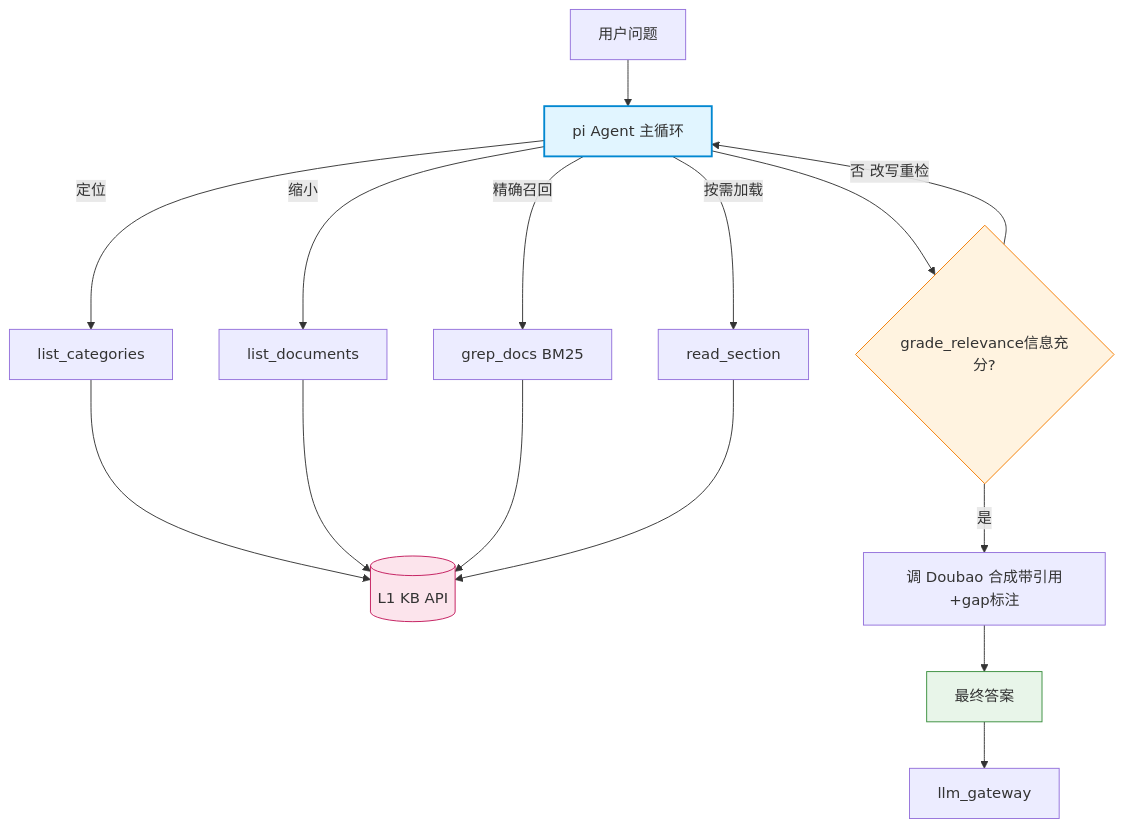
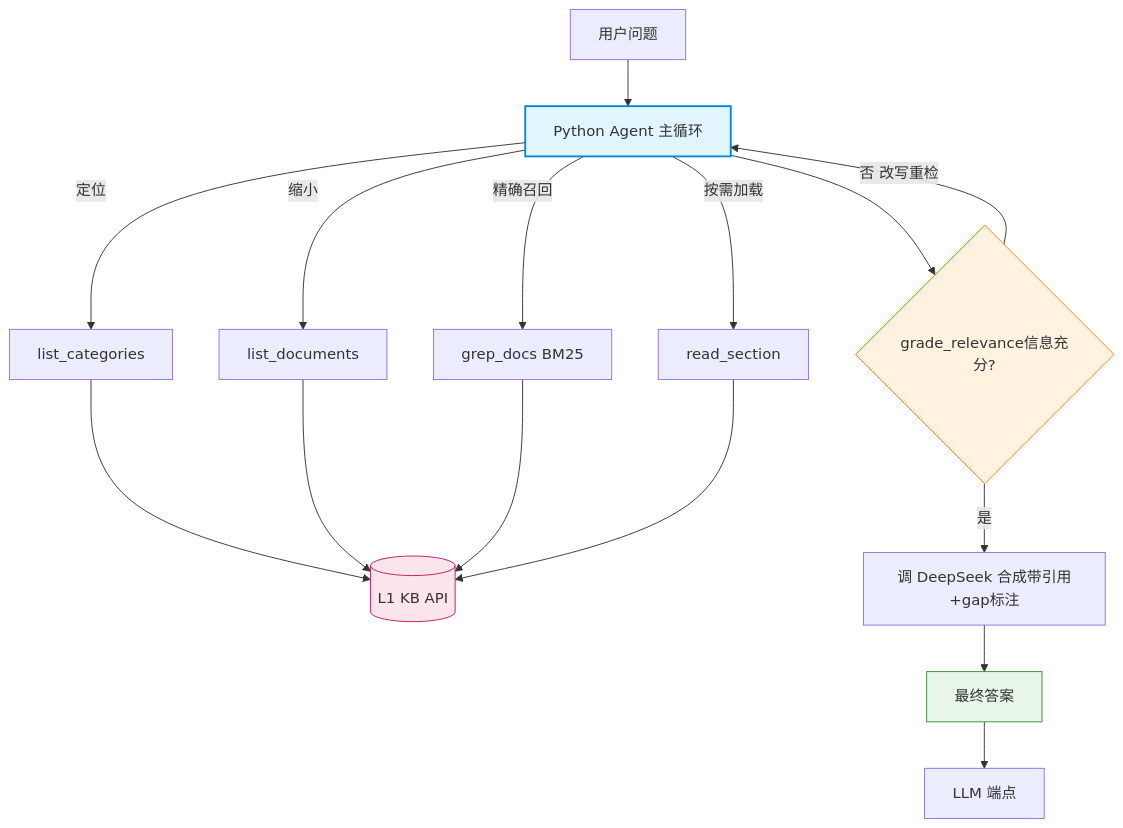
Before and after one commit to Laughingtt/kb-retrieval-sys: the third of 5 diagrams in docs/architecture_3layer.md, drawn with Mermaid. The commit also changed other lines of this file and 2 other files, not shown here.

First line of the commit message:
docs(m5): L2 Python Agent 设计 + 约束文档迁移至 Python 方案

````diff
--- a/docs/architecture_3layer.md
+++ b/docs/architecture_3layer.md
@@ -127,22 +129,22 @@
 ```mermaid
 flowchart TD
-    U[用户问题] --> AG[pi Agent 主循环]
+    U[用户问题] --> AG[Python Agent 主循环]
     AG -->|定位| T1[list_categories]
     AG -->|缩小| T2[list_documents]
     AG -->|精确召回| T3[grep_docs BM25]
     AG -->|按需加载| T4[read_section]
     T1 --> L1[(L1 KB API)]
     T2 --> L1
     T3 --> L1
     T4 --> L1
     AG --> G{grade_relevance信息充分?}
     G -->|否 改写重检| AG
-    G -->|是| SYN[调 Doubao 合成带引用+gap标注]
+    G -->|是| SYN[调 DeepSeek 合成带引用+gap标注]
     SYN --> OUT[最终答案]
-    OUT --> GW[llm_gateway]
+    OUT --> GW[LLM 端点]
 
     style AG fill:#e1f5ff,stroke:#0288d1,stroke-width:2px
     style G fill:#fff3e0,stroke:#f57c00
     style L1 fill:#fce4ec,stroke:#c2185b
     style OUT fill:#e8f5e9,stroke:#388e3c
 ```
````
